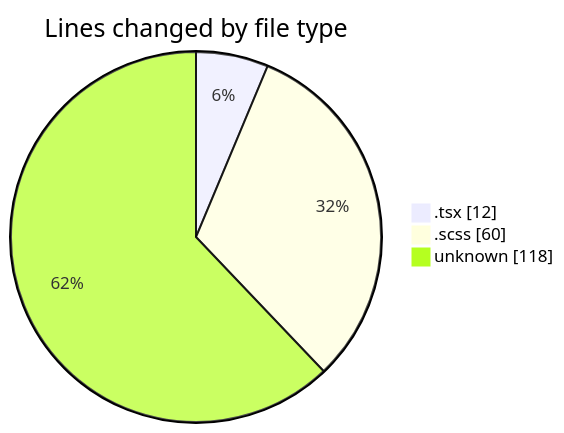
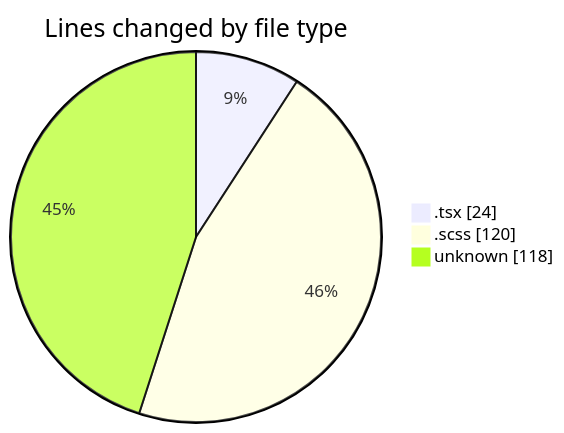
One commit to momahboobian/code-tracking changed the first of 2 diagrams in 2026-05-19/cda/README.md. Above: the diagram before and after it, drawn with Mermaid. The commit also changed other lines of this file and 1 other file, not shown here.

````diff
--- a/2026-05-19/cda/README.md
+++ b/2026-05-19/cda/README.md
@@ -24,7 +24,7 @@
 ```mermaid
 pie showData
 title Lines changed by file type
-".tsx" : 12
-".scss" : 60
+".tsx" : 24
+".scss" : 120
 "unknown" : 118
 ```
````
